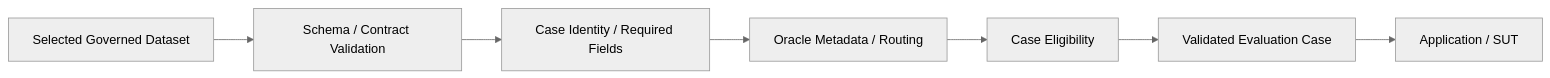
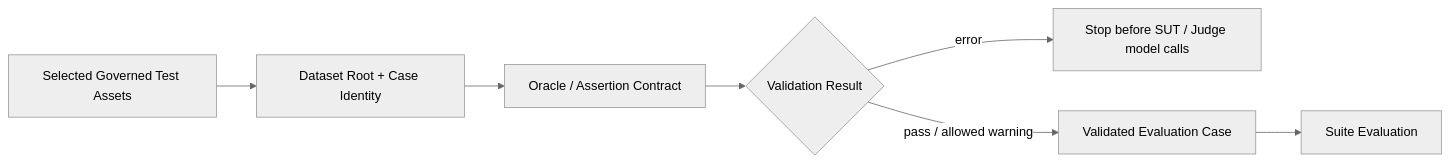
Before and after one commit to oleksandrserhieiev-beep/ai-qe-lab: the second of 2 diagrams in docs/test_strategy.md, drawn with Mermaid (neutral theme). The commit also changed other lines of this file, not shown here.

Commit message:
docs: align test strategy with governance and CI execution model

````diff
--- a/docs/test_strategy.md
+++ b/docs/test_strategy.md
@@ -284,9 +304,9 @@
 ```mermaid
 flowchart LR
-    DS["Selected Governed Dataset"] --> SC["Schema / Contract Validation"]
-    SC --> ID["Case Identity / Required Fields"]
-    ID --> OR["Oracle Metadata / Routing"]
-    OR --> EL["Case Eligibility"]
-    EL --> VALID["Validated Evaluation Case"]
-    VALID --> SUT["Application / SUT"]
+    DS["Selected Governed Test Assets"] --> ID["Dataset Root + Case Identity"]
+    ID --> OR["Oracle / Assertion Contract"]
+    OR --> RES{"Validation Result"}
+    RES -->|error| STOP["Stop before SUT / Judge model calls"]
+    RES -->|pass / allowed warning| VALID["Validated Evaluation Case"]
+    VALID --> SUITE["Suite Evaluation"]
 ```
````
